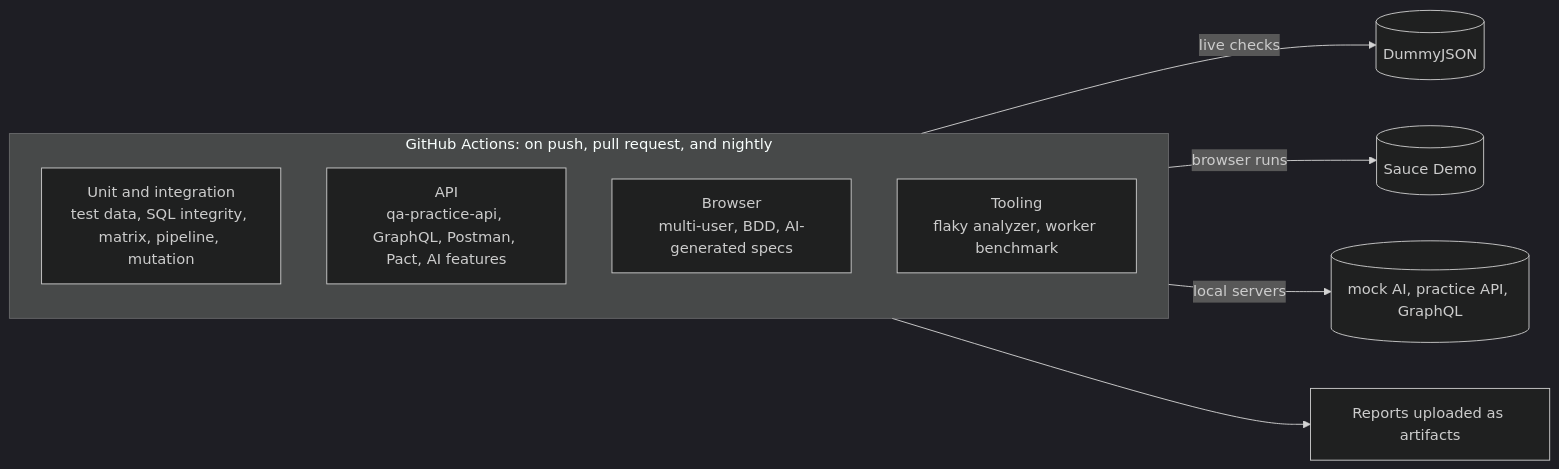
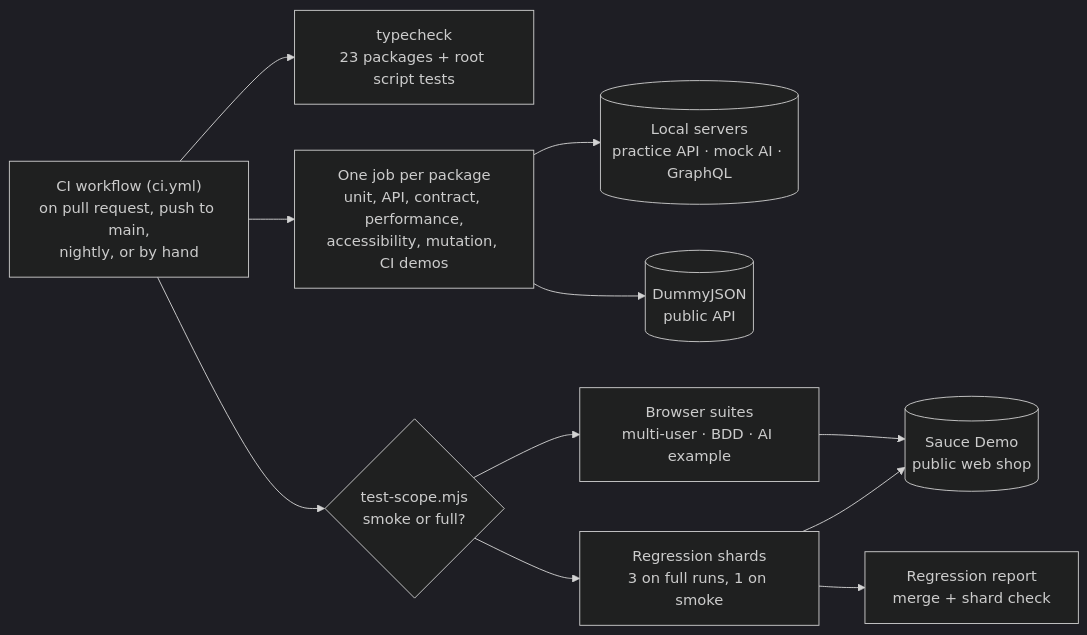
The second of 3 diagrams in README.md (rizvihiqrar/qa-automation-platform), drawn with Mermaid (dark theme) before and after one commit. The commit also changed other lines of this file and 15 other files, not shown here.

First line of the commit message:
Day 26: README pass for non-technical readers; architecture redrawn

````diff
--- a/README.md
+++ b/README.md
@@ -46,14 +84,14 @@
 ```mermaid
 flowchart LR
-  subgraph CI["GitHub Actions: on push, pull request, and nightly"]
-    direction TB
-    U[Unit and integration<br/>test data, SQL integrity, matrix, pipeline, mutation]
-    A[API<br/>qa-practice-api, GraphQL, Postman, Pact, AI features]
-    B[Browser<br/>multi-user, BDD, AI-generated specs]
-    T[Tooling<br/>flaky analyzer, worker benchmark]
-  end
-  A -->|"live checks"| D[(DummyJSON)]
-  B -->|"browser runs"| S[(Sauce Demo)]
-  A -->|"local servers"| L[(mock AI, practice API, GraphQL)]
-  CI --> R[Reports uploaded as artifacts]
+  T["CI workflow (ci.yml)<br/>on pull request, push to main,<br/>nightly, or by hand"]
+  T --> TC["typecheck<br/>23 packages + root script tests"]
+  T --> P["One job per package<br/>unit, API, contract, performance,<br/>accessibility, mutation, CI demos"]
+  T --> SC{"test-scope.mjs<br/>smoke or full?"}
+  P --> L[("Local servers<br/>practice API · mock AI · GraphQL")]
+  P --> DJ[("DummyJSON<br/>public API")]
+  SC --> BR["Browser suites<br/>multi-user · BDD · AI example"]
+  SC --> RS["Regression shards<br/>3 on full runs, 1 on smoke"]
+  BR --> S[("Sauce Demo<br/>public web shop")]
+  RS --> S
+  RS --> RR["Regression report<br/>merge + shard check"]
 ```
````
